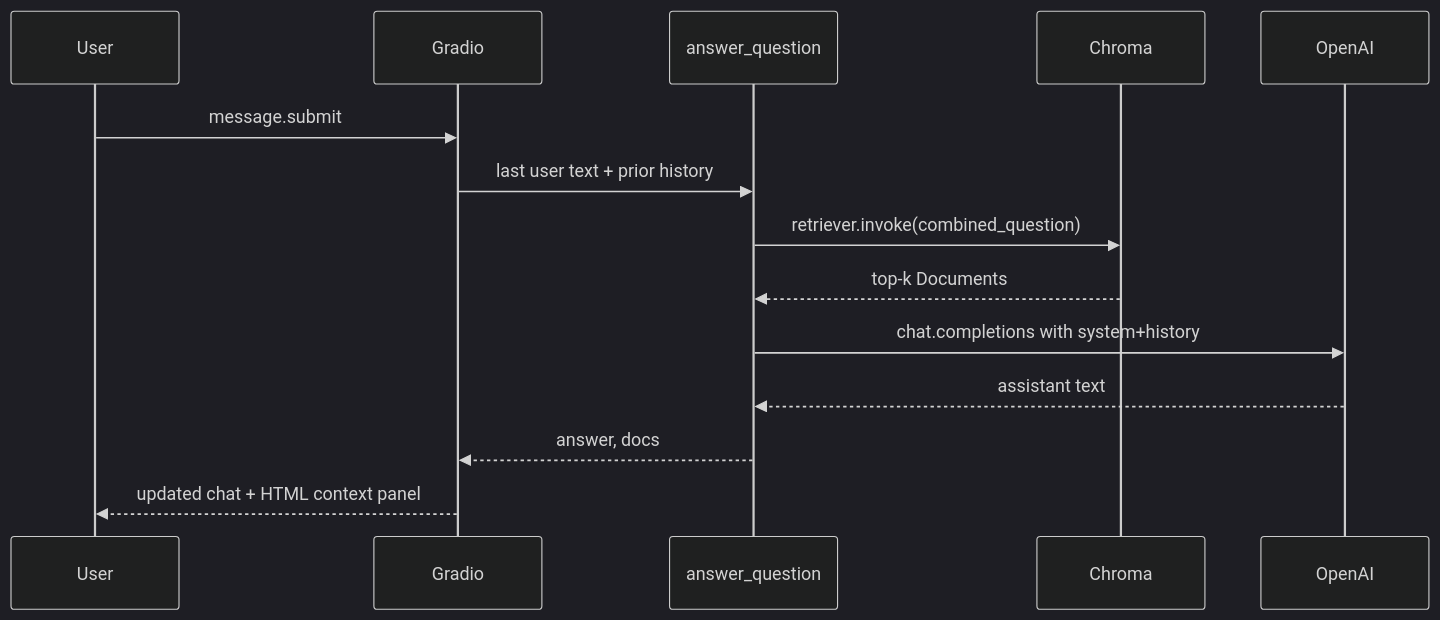
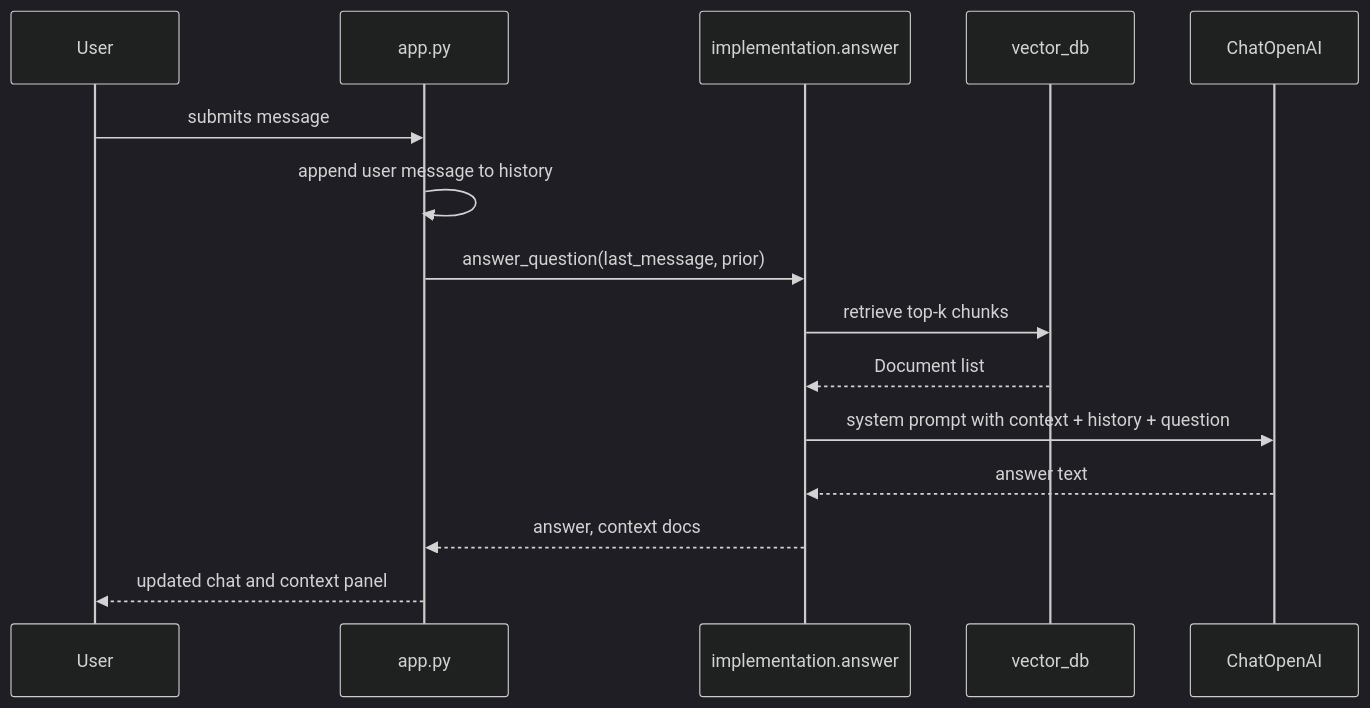
One commit to Azeem-Subhani/agentic-ai-and-llm-engineering-journey changed the first of 2 diagrams in LLM Fundamentals & Engineering/04-retrieval-augmented-generation/documentation/09-the-gradio-applications.md. Above: the diagram before and after it, drawn with Mermaid (dark theme). The commit also changed other lines of this file and 17 other files, not shown here.

````diff
--- a/LLM Fundamentals & Engineering/04-retrieval-augmented-generation/documentation/09-the-gradio-applications.md
+++ b/LLM Fundamentals & Engineering/04-retrieval-augmented-generation/documentation/09-the-gradio-applications.md
@@ -14,17 +24,18 @@
 ```mermaid
 sequenceDiagram
     participant User
-    participant Gradio
-    participant answer_question
-    participant Chroma
-    participant OpenAI
+    participant Gradio as app.py
+    participant Answer as implementation.answer
+    participant Chroma as vector_db
+    participant LLM as ChatOpenAI
 
-    User->>Gradio: message.submit
-    Gradio->>answer_question: last user text + prior history
-    answer_question->>Chroma: retriever.invoke(combined_question)
-    Chroma-->>answer_question: top-k Documents
-    answer_question->>OpenAI: chat.completions with system+history
-    OpenAI-->>answer_question: assistant text
-    answer_question-->>Gradio: answer, docs
-    Gradio-->>User: updated chat + HTML context panel
+    User->>Gradio: submits message
+    Gradio->>Gradio: append user message to history
+    Gradio->>Answer: answer_question(last_message, prior)
+    Answer->>Chroma: retrieve top-k chunks
+    Chroma-->>Answer: Document list
+    Answer->>LLM: system prompt with context + history + question
+    LLM-->>Answer: answer text
+    Answer-->>Gradio: answer, context docs
+    Gradio-->>User: updated chat and context panel
 ```
````
